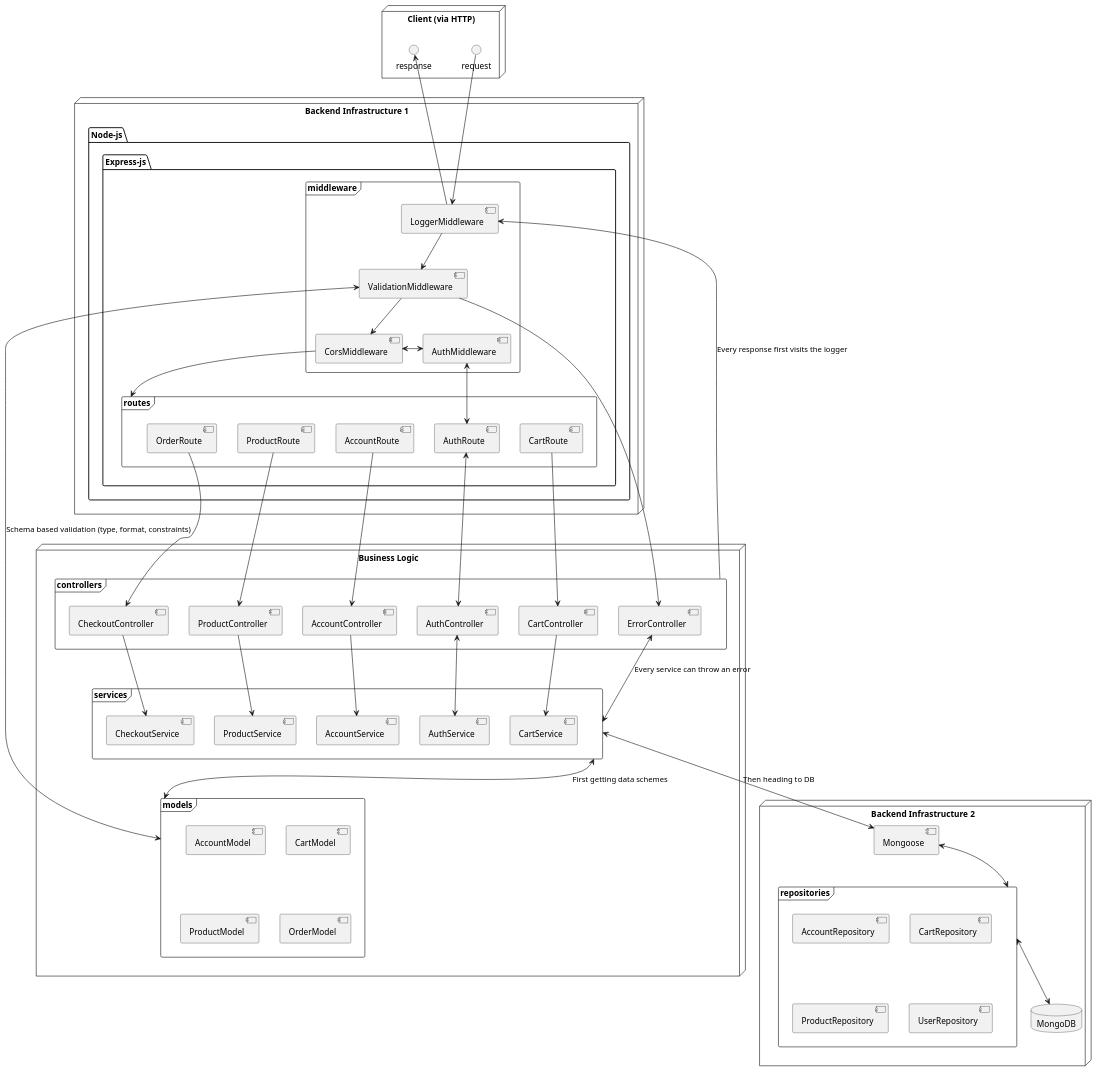
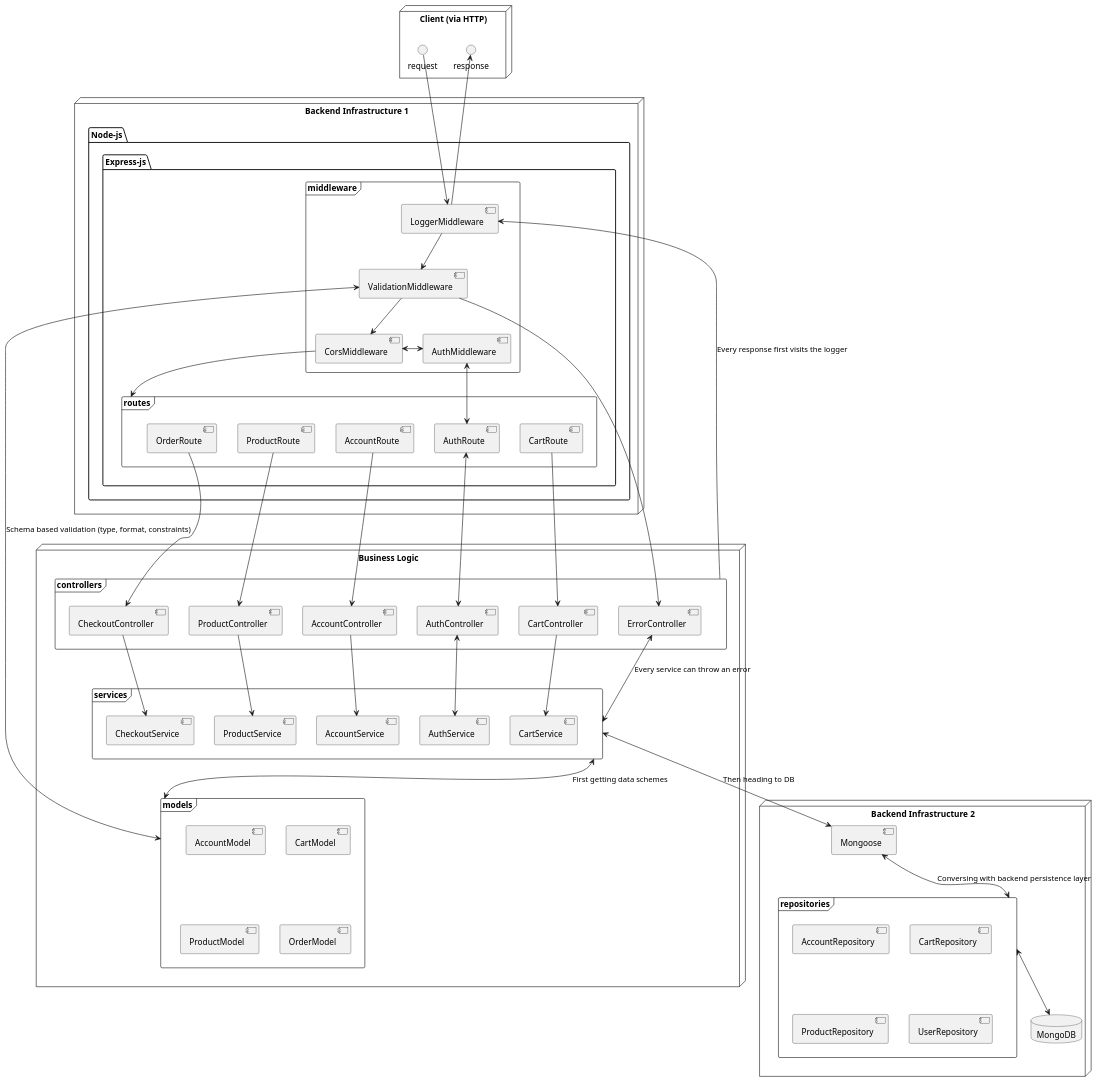
One commit to Matans844/e-commerce-backend changed the diagram in documentation/ME(R)N Component Overview.puml. Above: the diagram before and after it, drawn with PlantUML.

Commit message:
Added persistence layer in architecture design document.

```diff
--- a/documentation/ME(R)N Component Overview.puml
+++ b/documentation/ME(R)N Component Overview.puml
@@ -1,129 +1,129 @@
 @startuml
 'https://plantuml.com/component-diagram
 
 node "Client (via HTTP)"{
     () request
     () response
 }
 
 
 node "Backend Infrastructure 1"{
     package "Node-js" {
 
         package "Express-js" {
             frame "middleware"{
                 [AuthMiddleware]
                 [CorsMiddleware]
                 [LoggerMiddleware]
                 [ValidationMiddleware]
             }
 
             frame "routes"{
                 [AccountRoute]
                 [AuthRoute]
                 [CartRoute]
                 [OrderRoute]
                 [ProductRoute]
             }
         }
     }
 }
 
 node "Business Logic"{
 
     frame "controllers"{
         [ErrorController]
         [AccountController]
         [AuthController]
         [CartController]
         [ProductController]
         [CheckoutController]
     }
 
     frame "services"{
         [AccountService]
         [AuthService]
         [CartService]
         [ProductService]
         [CheckoutService]
     }
 
     frame "models"{
         [AccountModel]
         [CartModel]
         [ProductModel]
         [OrderModel]
     }
 }
 
 node "Backend Infrastructure 2"{
     [Mongoose]
 
     frame "repositories"{
         [AccountRepository]
         [CartRepository]
         [ProductRepository]
         [UserRepository]
     }
 
     database "MongoDB" {
 
     }
 
 }
 
-request -down-> [LoggerMiddleware]
+request -left-> [LoggerMiddleware]
 [LoggerMiddleware] -up-> response
 [LoggerMiddleware] -down-> [ValidationMiddleware]
 [ValidationMiddleware] --> [ErrorController]
 
 [ValidationMiddleware] --> [CorsMiddleware]
 [ValidationMiddleware] <--> "models" : Schema based validation (type, format, constraints)
 [CorsMiddleware] <-right-> [AuthMiddleware]
 [CorsMiddleware] -down-> "routes"
 
 [AuthMiddleware] <--> [AuthRoute]
 [AuthRoute] <--> [AuthController]
 [AuthController] <--> [AuthService]
 
 [AccountRoute] -down-> [AccountController]
 [CartRoute] -down-> [CartController]
 [OrderRoute] -down-> [CheckoutController]
 [ProductRoute] -down-> [ProductController]
 
 [AccountController] --> [AccountService]
 [CartController] --> [CartService]
 [ProductController] --> [ProductService]
 [CheckoutController] --> [CheckoutService]
 "controllers" --> [LoggerMiddleware] : Every response first visits the logger
 
 
 "services" <--> "models" : First getting data schemes
 "services" <--> [ErrorController] : Every service can throw an error
-"services" <--> [Mongoose] : Then heading to DB
-[Mongoose] <-down-> "repositories"
+"services" <-down-> [Mongoose] : Then heading to DB
+[Mongoose] <-down-> "repositories" : Conversing with backend persistence layer
 "repositories" <-down-> "MongoDB"
 
 
 
 
 
 
 
 
 
 
 
 
 
 
 
 
 
 
 
 
 
 
 
 @enduml
```
